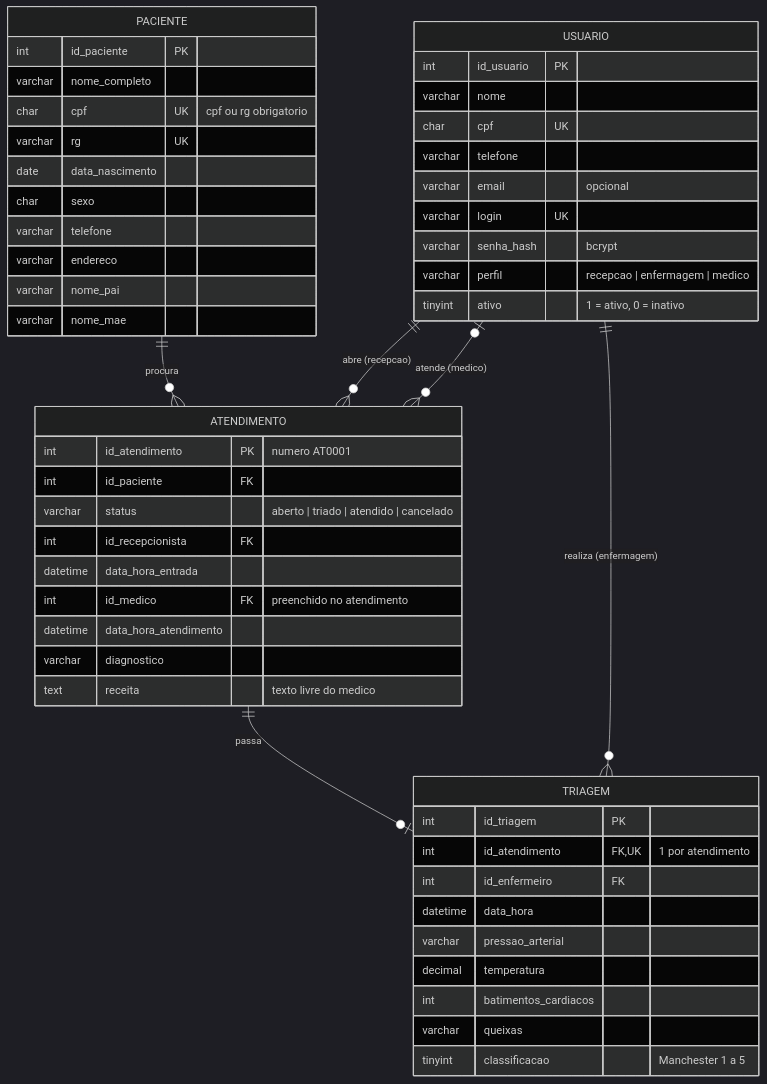
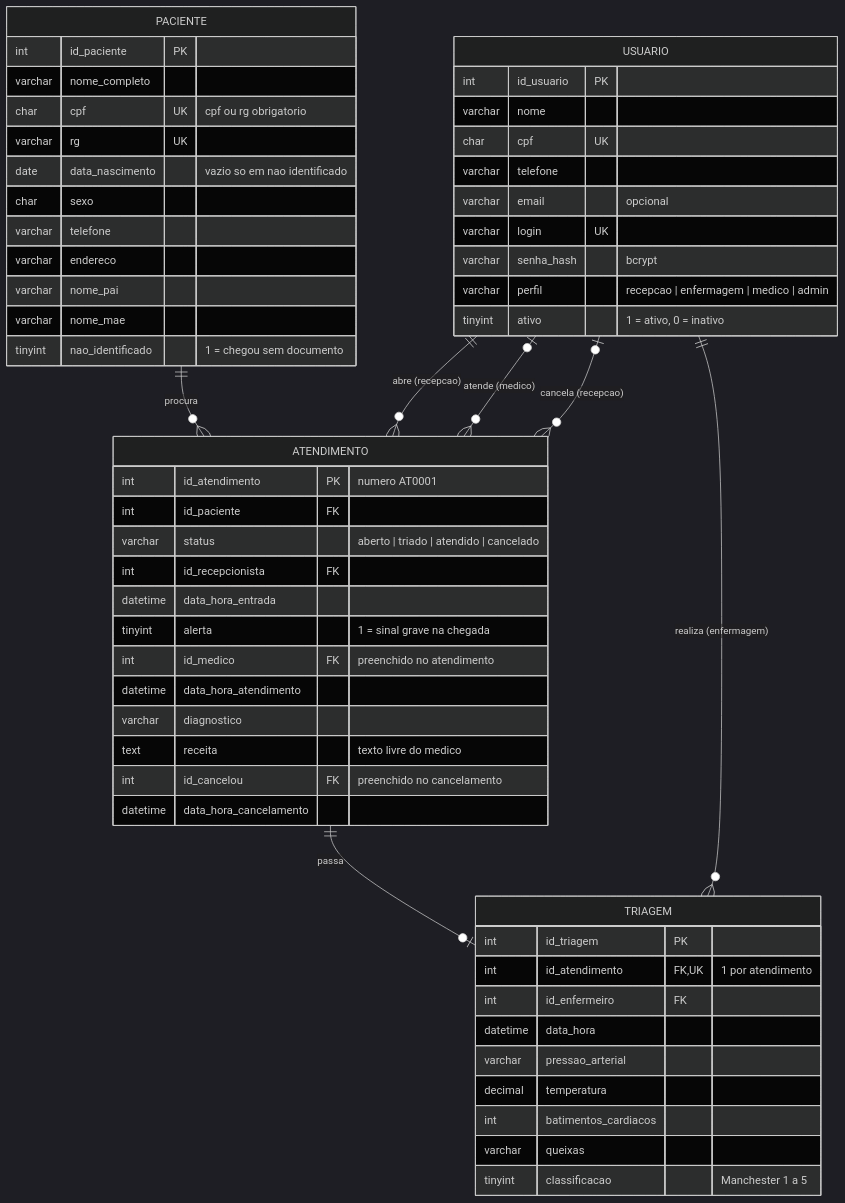
Before and after one commit to OtavioFelix-in/Projeto-Integrador2: the diagram in MER.md, drawn with Mermaid (dark theme). The commit also changed other lines of this file and 1 other file, not shown here.

Commit message:
README e MER atualizados com o estado atual do sistema
Perfil administrador, alerta, paciente não identificado, históricos,
busca de paciente, rotas, regras de negócio e usuários de teste.

````diff
--- a/MER.md
+++ b/MER.md
@@ -5,58 +5,62 @@
 ```mermaid
 erDiagram
     PACIENTE ||--o{ ATENDIMENTO : "procura"
     ATENDIMENTO ||--o| TRIAGEM : "passa"
     USUARIO ||--o{ ATENDIMENTO : "abre (recepcao)"
     USUARIO ||--o{ TRIAGEM : "realiza (enfermagem)"
     USUARIO |o--o{ ATENDIMENTO : "atende (medico)"
+    USUARIO |o--o{ ATENDIMENTO : "cancela (recepcao)"
 
     USUARIO {
         int id_usuario PK
         varchar nome
         char cpf UK
         varchar telefone
         varchar email "opcional"
         varchar login UK
         varchar senha_hash "bcrypt"
-        varchar perfil "recepcao | enfermagem | medico"
+        varchar perfil "recepcao | enfermagem | medico | admin"
         tinyint ativo "1 = ativo, 0 = inativo"
     }
 
     PACIENTE {
         int id_paciente PK
         varchar nome_completo
         char cpf UK "cpf ou rg obrigatorio"
         varchar rg UK
-        date data_nascimento
+        date data_nascimento "vazio so em nao identificado"
         char sexo
         varchar telefone
         varchar endereco
         varchar nome_pai
         varchar nome_mae
+        tinyint nao_identificado "1 = chegou sem documento"
     }
 
     ATENDIMENTO {
         int id_atendimento PK "numero AT0001"
         int id_paciente FK
         varchar status "aberto | triado | atendido | cancelado"
         int id_recepcionista FK
         datetime data_hora_entrada
+        tinyint alerta "1 = sinal grave na chegada"
         int id_medico FK "preenchido no atendimento"
         datetime data_hora_atendimento
         varchar diagnostico
         text receita "texto livre do medico"
+        int id_cancelou FK "preenchido no cancelamento"
+        datetime data_hora_cancelamento
     }
 
     TRIAGEM {
         int id_triagem PK
         int id_atendimento FK, UK "1 por atendimento"
         int id_enfermeiro FK
         datetime data_hora
         varchar pressao_arterial
         decimal temperatura
         int batimentos_cardiacos
         varchar queixas
         tinyint classificacao "Manchester 1 a 5"
     }
-
 ```
````
